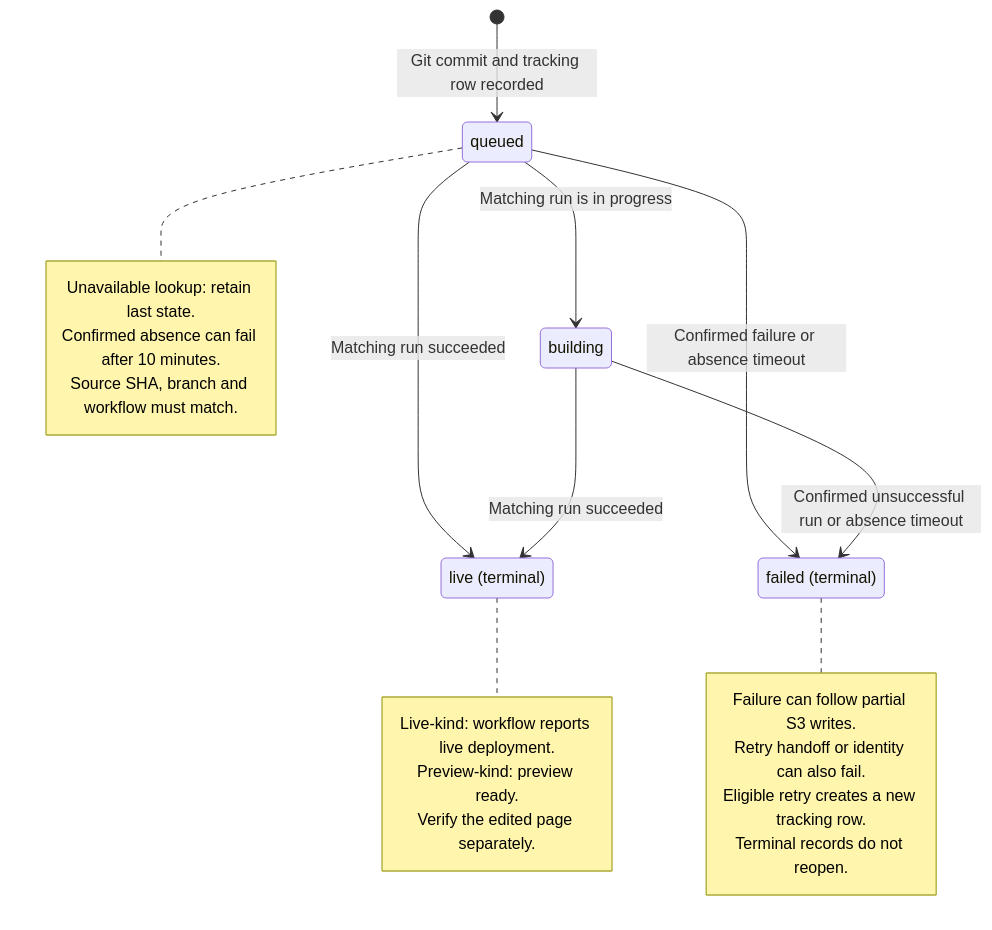
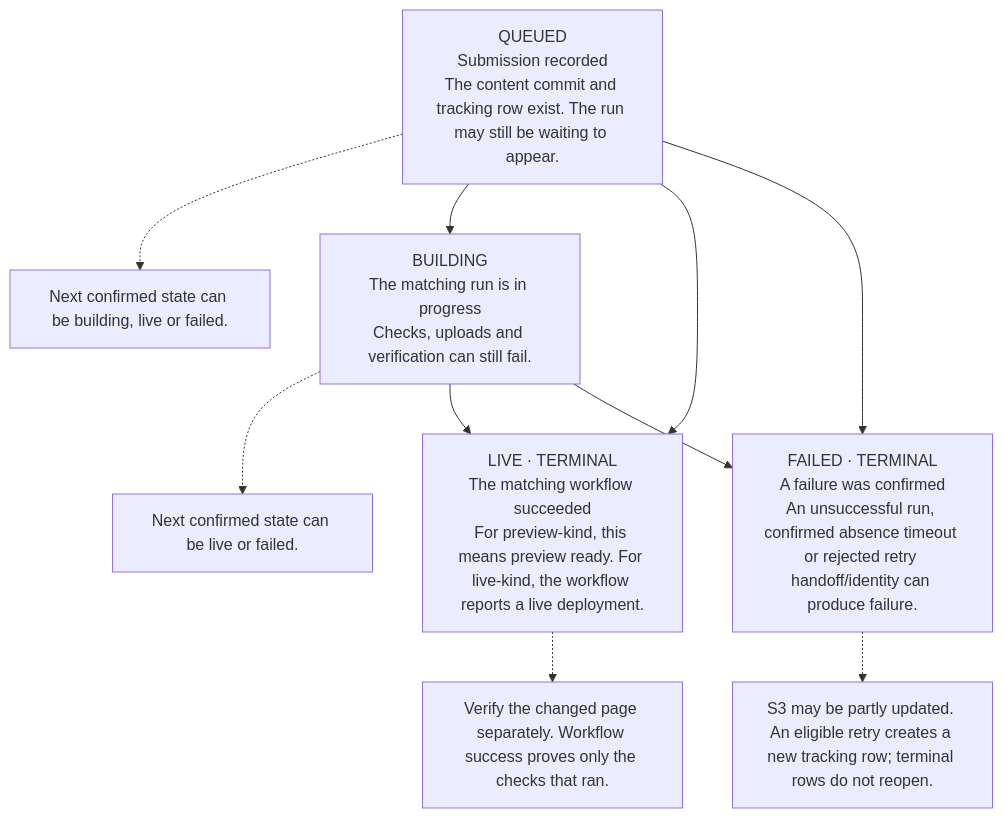
One commit to JadenRazo/raizhost-architecture changed the diagram in diagrams/publish-status.mmd. Above: the diagram before and after it, drawn with Mermaid. The commit also changed 37 other files, not shown here.

Commit message:
docs: make architecture journeys readable on desktop and mobile (#8)

```diff
--- a/diagrams/publish-status.mmd
+++ b/diagrams/publish-status.mmd
@@ -1,27 +1,17 @@
-stateDiagram-v2
-  direction TB
-  [*] --> queued: Git commit and tracking row recorded
-  queued --> building: Matching run is in progress
-  queued --> live: Matching run succeeded
-  building --> live: Matching run succeeded
-  queued --> failed: Confirmed failure or absence timeout
-  building --> failed: Confirmed unsuccessful run or absence timeout
-  state "live (terminal)" as live
-  state "failed (terminal)" as failed
-
-  note right of queued
-    Unavailable lookup: retain last state.
-    Confirmed absence can fail after 10 minutes.
-    Source SHA, branch and workflow must match.
-  end note
-  note right of live
-    Live-kind: workflow reports live deployment.
-    Preview-kind: preview ready.
-    Verify the edited page separately.
-  end note
-  note right of failed
-    Failure can follow partial S3 writes.
-    Retry handoff or identity can also fail.
-    Eligible retry creates a new tracking row.
-    Terminal records do not reopen.
-  end note
+%% Generated by journeys.py from journeys.json; do not edit this sketch.
+%% The companion SVG uses staged layouts for human reading.
+%% Unavailable lookup: retain the last confirmed state. It is not a new success or failure.
+flowchart TB
+  queued["QUEUED<br/>Submission recorded<br/>The content commit and tracking row exist. The run may still be waiting to appear."]
+  queued -.-> queued_note["Next confirmed state can be building, live or failed."]
+  building["BUILDING<br/>The matching run is in progress<br/>Checks, uploads and verification can still fail."]
+  building -.-> building_note["Next confirmed state can be live or failed."]
+  live["LIVE · TERMINAL<br/>The matching workflow succeeded<br/>For preview-kind, this means preview ready. For live-kind, the workflow reports a live deployment."]
+  live -.-> live_note["Verify the changed page separately. Workflow success proves only the checks that ran."]
+  failed["FAILED · TERMINAL<br/>A failure was confirmed<br/>An unsuccessful run, confirmed absence timeout or rejected retry handoff/identity can produce failure."]
+  failed -.-> failed_note["S3 may be partly updated. An eligible retry creates a new tracking row; terminal rows do not reopen."]
+  queued --> building
+  queued --> live
+  queued --> failed
+  building --> live
+  building --> failed
```
